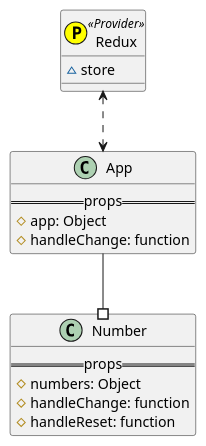
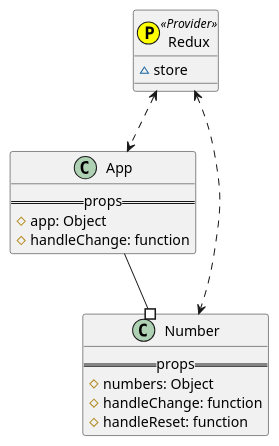
The diagram in assignement-2.plantuml (401-advanced-javascript-joejemmely/lab-36), drawn with PlantUML before and after one commit. The commit also changed 1 other file, not shown here.

```diff
--- a/assignement-2.plantuml
+++ b/assignement-2.plantuml
@@ -1,23 +1,24 @@
 @startuml lab-36-2
 
 class Redux << (P,yellow) Provider>> {
   ~store
 }
 
 class App {
   ==props==
   # app: Object
   # handleChange: function
 }
 
 class Number {
   ==props==
   # numbers: Object
   # handleChange: function
   # handleReset: function
 }
 
 Redux <..> App
+Redux <..> Number
 App --# Number
 
 @enduml
```
